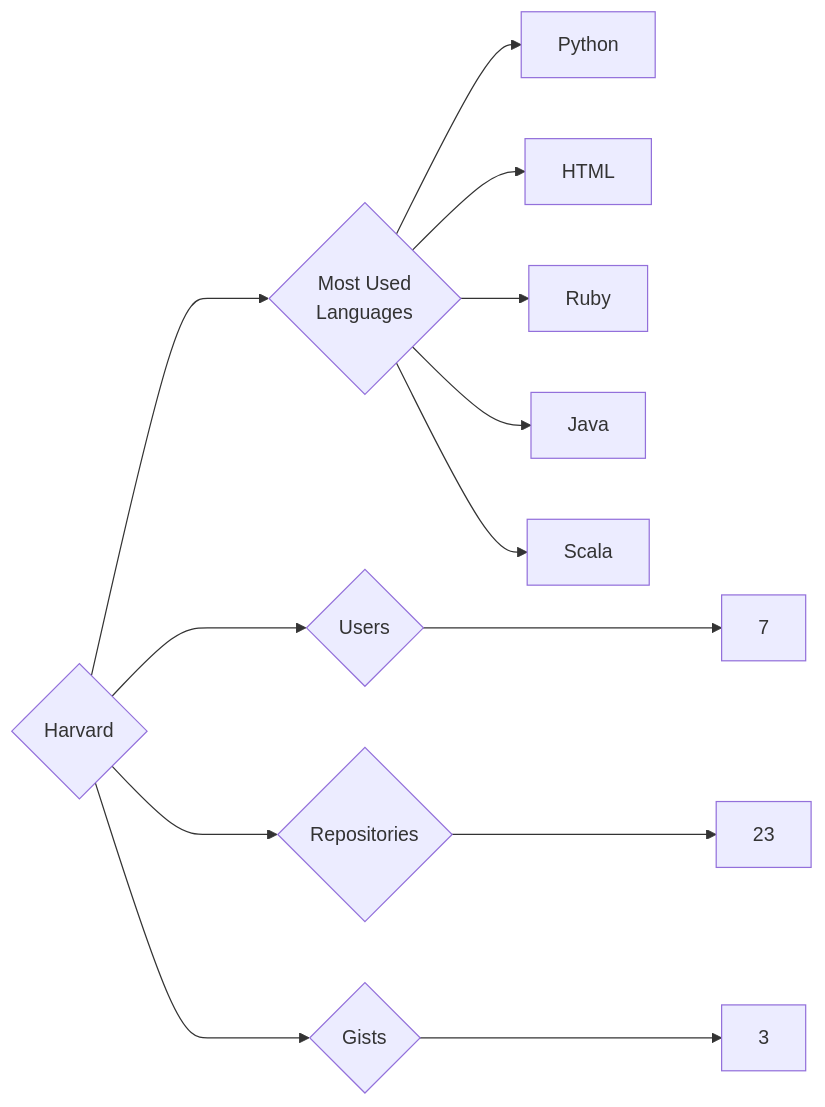
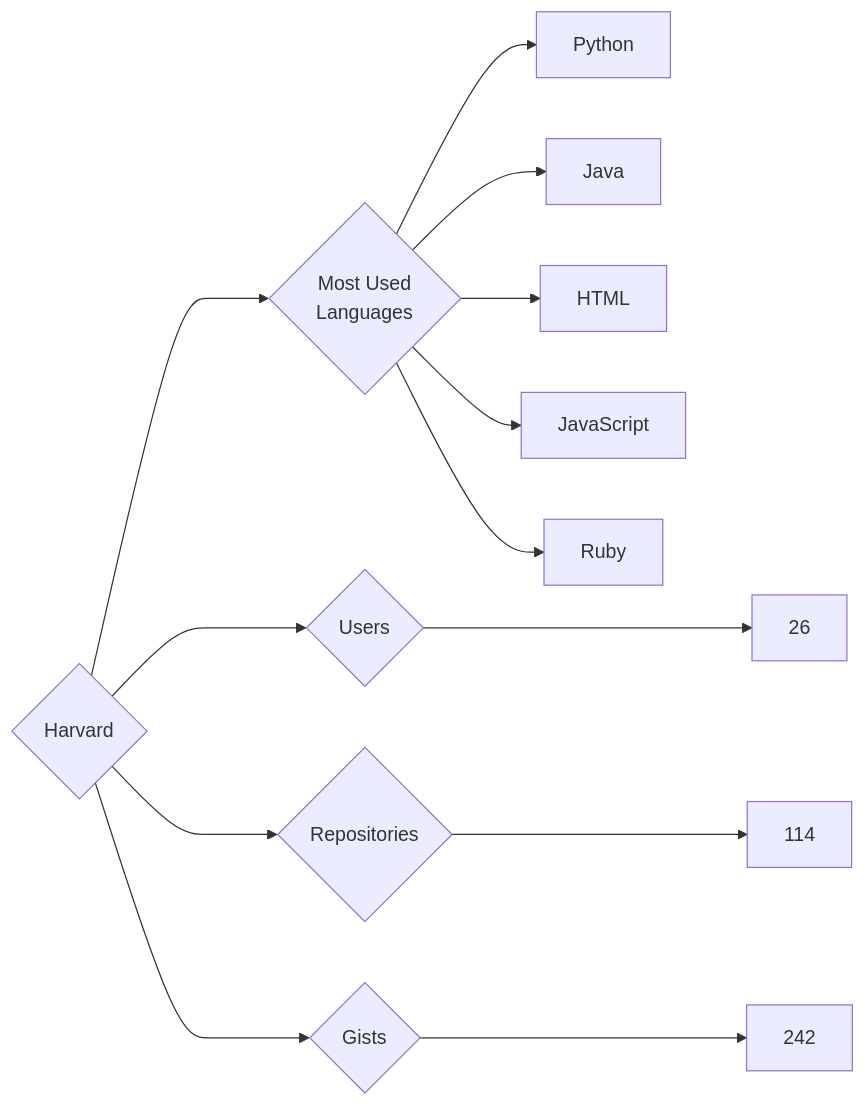
One commit to trickest/insiders changed the diagram in targets/Harvard/README.md. Above: the diagram before and after it, drawn with Mermaid. The commit also changed 826 other files, not shown here.

````diff
--- a/targets/Harvard/README.md
+++ b/targets/Harvard/README.md
@@ -3,13 +3,13 @@
 ```mermaid
 graph LR
 COMPANY_NAME{Harvard}
-COMPANY_NAME ---> U{Users} ---> UN[7]
-COMPANY_NAME ---> R{Repositories} ---> RN[23]
-COMPANY_NAME ---> G{Gists} ---> GN[3]
+COMPANY_NAME ---> U{Users} ---> UN[26]
+COMPANY_NAME ---> R{Repositories} ---> RN[114]
+COMPANY_NAME ---> G{Gists} ---> GN[242]
 COMPANY_NAME ---> ML{Most Used<br>Languages}
 ML --> Python[Python]
+ML --> Java[Java]
 ML --> HTML[HTML]
+ML --> JavaScript[JavaScript]
 ML --> Ruby[Ruby]
-ML --> Java[Java]
-ML --> Scala[Scala]
 ```
````
